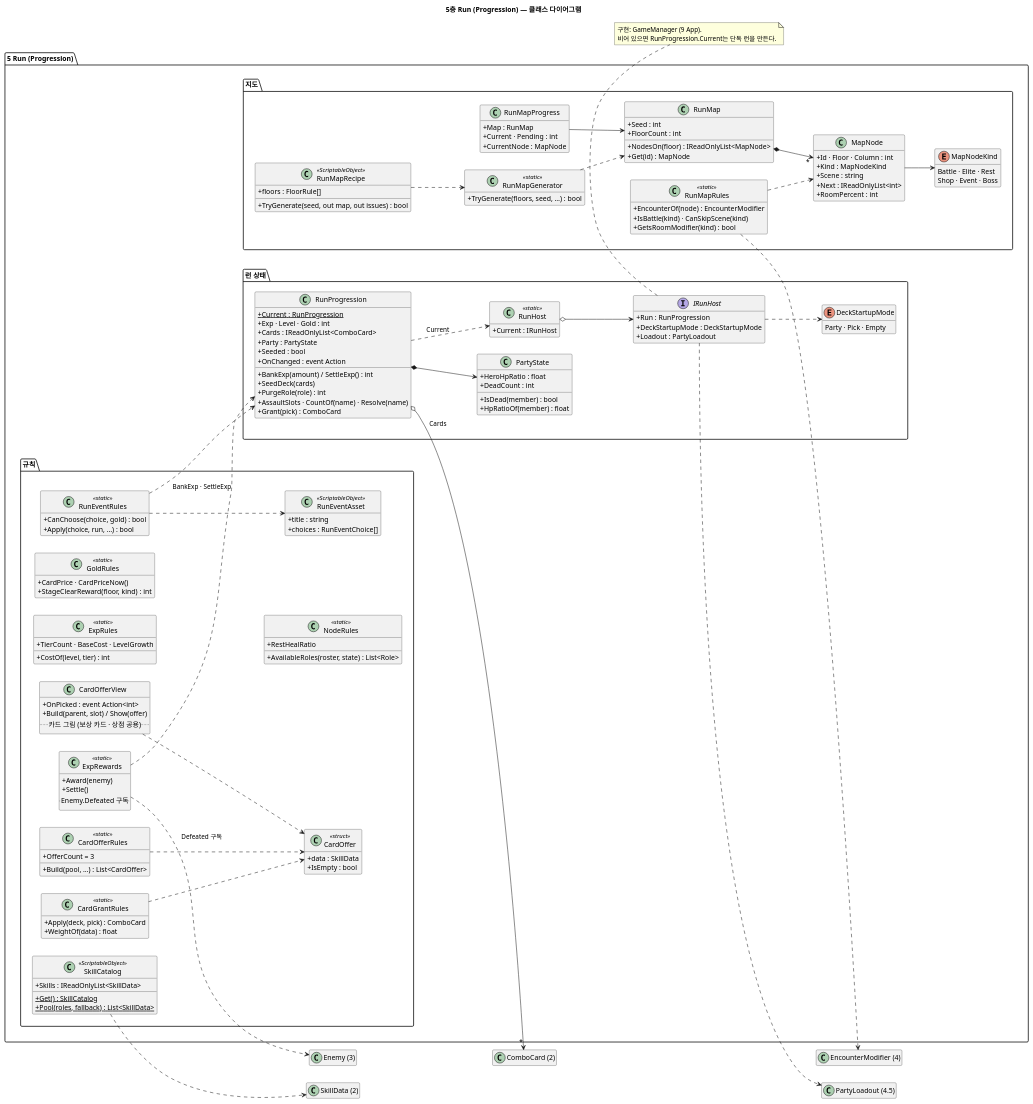
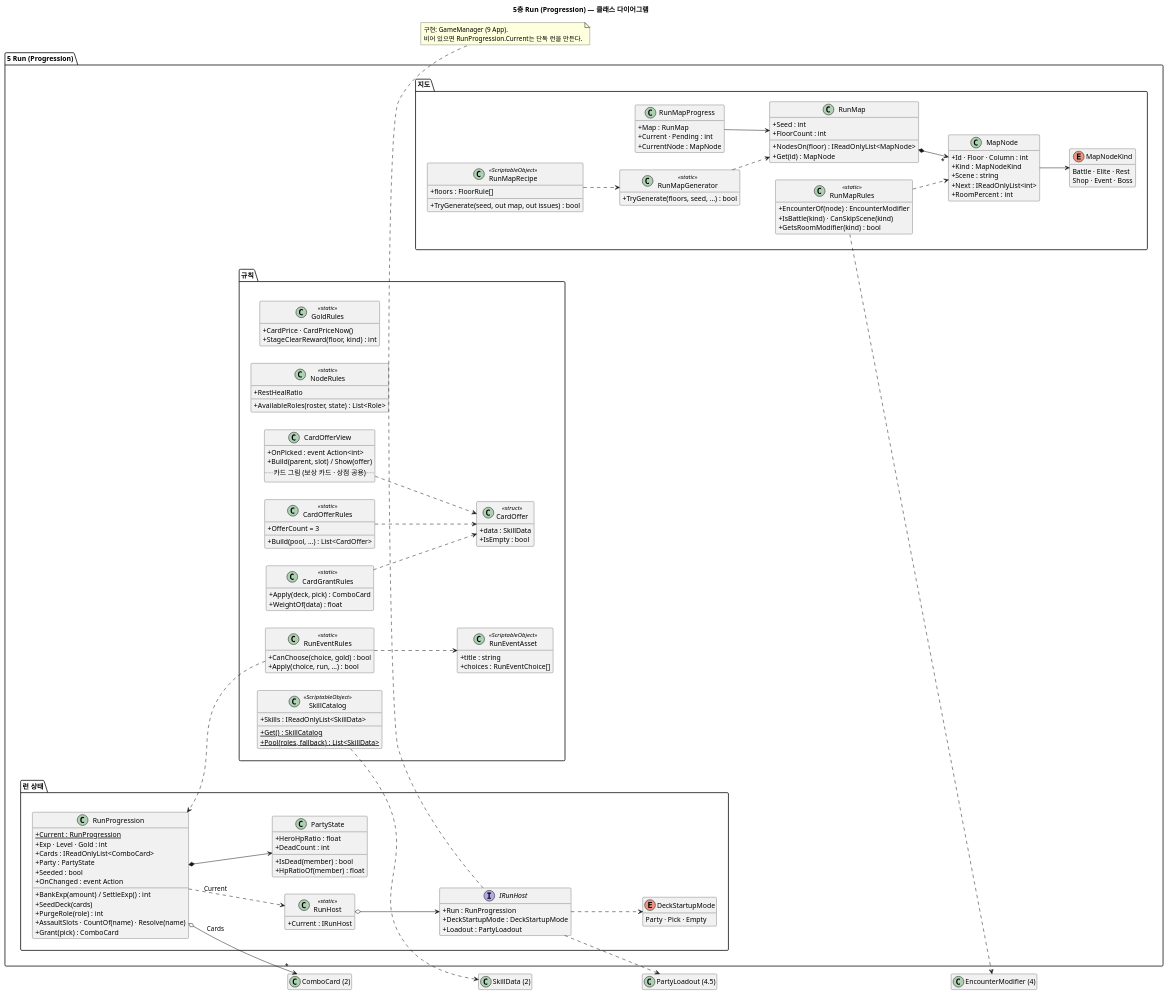
Before and after one commit to jukanmi/Prototype: the diagram in docs/uml/08-Run.puml, drawn with PlantUML. The commit also changed 114 other files, not shown here.

```diff
--- a/docs/uml/08-Run.puml
+++ b/docs/uml/08-Run.puml
@@ -1,164 +1,153 @@
 @startuml 08-Run
-' 5층 Run — 런 데이터: 경험치 · 골드 · 덱 · 파티 상태 · 지도 · 카드 제안 규칙.
+' 5층 Run — 런 데이터: 골드 · 덱 · 파티 상태 · 지도 · 카드 제안 규칙.
 ' 런의 주인(GameManager · 9 App)은 IRunHost로만 보인다.
 title 5층 Run (Progression) — 클래스 다이어그램
 
 set separator none
 left to right direction
 skinparam shadowing false
 skinparam classAttributeIconSize 0
 hide empty members
 
 package "5 Run (Progression)" {
   package "런 상태" as PState {
     class RunProgression {
       + {static} Current : RunProgression
       + Exp · Level · Gold : int
       + Cards : IReadOnlyList<ComboCard>
       + Party : PartyState
       + Seeded : bool
       + OnChanged : event Action
       + BankExp(amount) / SettleExp() : int
       + SeedDeck(cards)
       + PurgeRole(role) : int
       + AssaultSlots · CountOf(name) · Resolve(name)
       + Grant(pick) : ComboCard
     }
     class PartyState {
       + HeroHpRatio : float
       + IsDead(member) : bool
       + HpRatioOf(member) : float
       + DeadCount : int
     }
     interface IRunHost {
       + Run : RunProgression
       + DeckStartupMode : DeckStartupMode
       + Loadout : PartyLoadout
     }
     class RunHost <<static>> {
       + Current : IRunHost
     }
     enum DeckStartupMode {
       Party · Pick · Empty
     }
   }
 
   package "규칙" as PRules {
-    class ExpRules <<static>> {
-      + TierCount · BaseCost · LevelGrowth
-      + CostOf(level, tier) : int
-    }
-    class ExpRewards <<static>> {
-      + Award(enemy)
-      + Settle()
-      .. Enemy.Defeated 구독 ..
-    }
     class GoldRules <<static>> {
       + CardPrice · CardPriceNow()
       + StageClearReward(floor, kind) : int
     }
     class NodeRules <<static>> {
       + RestHealRatio
       + AvailableRoles(roster, state) : List<Role>
     }
     class CardOffer <<struct>> {
       + data : SkillData
       + IsEmpty : bool
     }
     class CardOfferRules <<static>> {
       + OfferCount = 3
       + Build(pool, …) : List<CardOffer>
     }
     class CardGrantRules <<static>> {
       + Apply(deck, pick) : ComboCard
       + WeightOf(data) : float
     }
     class CardOfferView {
       + OnPicked : event Action<int>
       + Build(parent, slot) / Show(offer)
       .. 카드 그림 (보상 카드 · 상점 공용) ..
     }
     class SkillCatalog <<ScriptableObject>> {
       + Skills : IReadOnlyList<SkillData>
       + {static} Get() : SkillCatalog
       + {static} Pool(roles, fallback) : List<SkillData>
     }
     class RunEventAsset <<ScriptableObject>> {
       + title : string
       + choices : RunEventChoice[]
     }
     class RunEventRules <<static>> {
       + CanChoose(choice, gold) : bool
       + Apply(choice, run, …) : bool
     }
   }
 
   package "지도" as PMap {
     class RunMap {
       + Seed : int
       + FloorCount : int
       + NodesOn(floor) : IReadOnlyList<MapNode>
       + Get(id) : MapNode
     }
     class MapNode {
       + Id · Floor · Column : int
       + Kind : MapNodeKind
       + Scene : string
       + Next : IReadOnlyList<int>
       + RoomPercent : int
     }
     enum MapNodeKind {
       Battle · Elite · Rest
       Shop · Event · Boss
     }
     class RunMapProgress {
       + Map : RunMap
       + Current · Pending : int
       + CurrentNode : MapNode
     }
     class RunMapRecipe <<ScriptableObject>> {
       + floors : FloorRule[]
       + TryGenerate(seed, out map, out issues) : bool
     }
     class RunMapGenerator <<static>> {
       + TryGenerate(floors, seed, …) : bool
     }
     class RunMapRules <<static>> {
       + EncounterOf(node) : EncounterModifier
       + IsBattle(kind) · CanSkipScene(kind)
       + GetsRoomModifier(kind) : bool
     }
   }
 }
 
 RunProgression *--> PartyState
 RunProgression o--> "*" "ComboCard (2)" : Cards
 RunProgression ..> RunHost : Current
 RunHost o--> IRunHost
 IRunHost ..> DeckStartupMode
 IRunHost ..> "PartyLoadout (4.5)"
-ExpRewards ..> RunProgression : BankExp · SettleExp
-ExpRewards ..> "Enemy (3)" : Defeated 구독
 CardOfferRules ..> CardOffer
 CardGrantRules ..> CardOffer
 CardOfferView ..> CardOffer
 SkillCatalog ..> "SkillData (2)"
 RunEventRules ..> RunEventAsset
 RunEventRules ..> RunProgression
 RunMap *--> "*" MapNode
 MapNode --> MapNodeKind
 RunMapProgress --> RunMap
 RunMapRecipe ..> RunMapGenerator
 RunMapGenerator ..> RunMap
 RunMapRules ..> MapNode
 RunMapRules ..> "EncounterModifier (4)"
 
 note bottom of IRunHost
   구현: GameManager (9 App).
   비어 있으면 RunProgression.Current는 단독 런을 만든다.
 end note
 
 ' 하위 패키지 순서 (넓은 그림이 PNG 폭 4096 한도에 걸리지 않게)
 PState -[hidden]down- PRules
 PRules -[hidden]down- PMap
 @enduml
```
